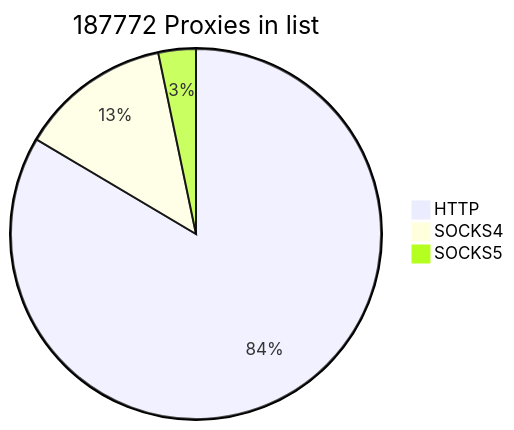
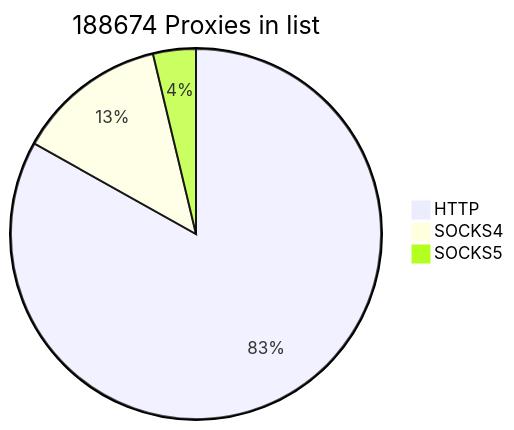
Before and after one commit to cutipu/proxylist: the first of 2 diagrams in README.md, drawn with Mermaid. The commit also changed other lines of this file, not shown here.

````diff
--- a/README.md
+++ b/README.md
@@ -2,7 +2,7 @@
 ```mermaid
-pie title 187772 Proxies in list
+pie title 188674 Proxies in list
     "HTTP" : 156812
-    "SOCKS4" : 24813
-    "SOCKS5" : 6147
+    "SOCKS4" : 24811
+    "SOCKS5" : 7051
             
 ```
````
